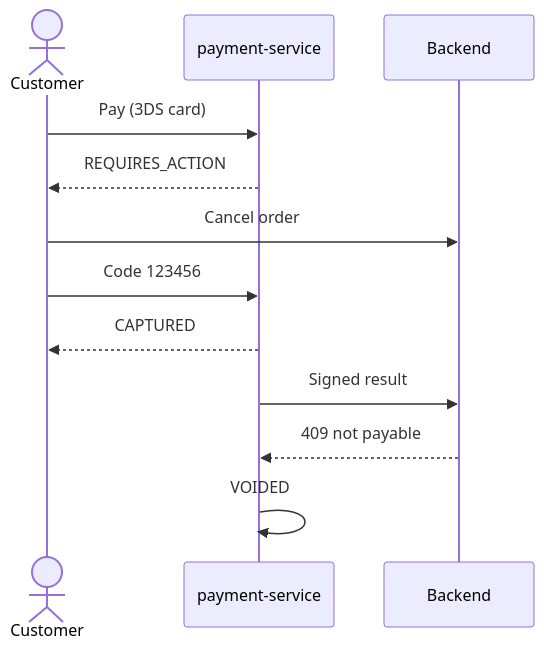
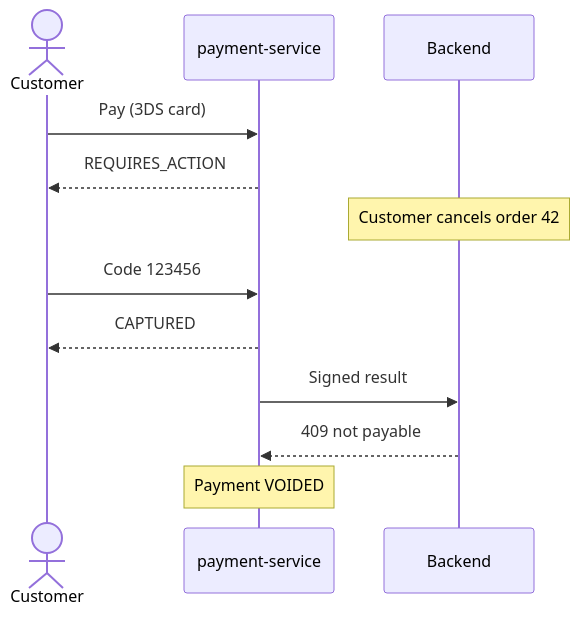
Before and after one commit to slawekradzyminski/awesome-localstack: the fifth of 5 diagrams in docs-site/docs/flows/payments.md, drawn with Mermaid. The commit also changed other lines of this file and 19 other files, not shown here.

First line of the commit message:
Review every wiki diagram by eye and redraw the unclear ones

````diff
--- a/docs-site/docs/flows/payments.md
+++ b/docs-site/docs/flows/payments.md
@@ -142,14 +149,14 @@
 ```mermaid
 sequenceDiagram
     actor C as Customer
     participant P as payment-service
     participant B as Backend
     C->>P: Pay (3DS card)
     P-->>C: REQUIRES_ACTION
-    C->>B: Cancel order
+    Note over B: Customer cancels order 42
     C->>P: Code 123456
     P-->>C: CAPTURED
     P->>B: Signed result
     B-->>P: 409 not payable
-    P->>P: VOIDED
+    Note over P: Payment VOIDED
 ```
````
